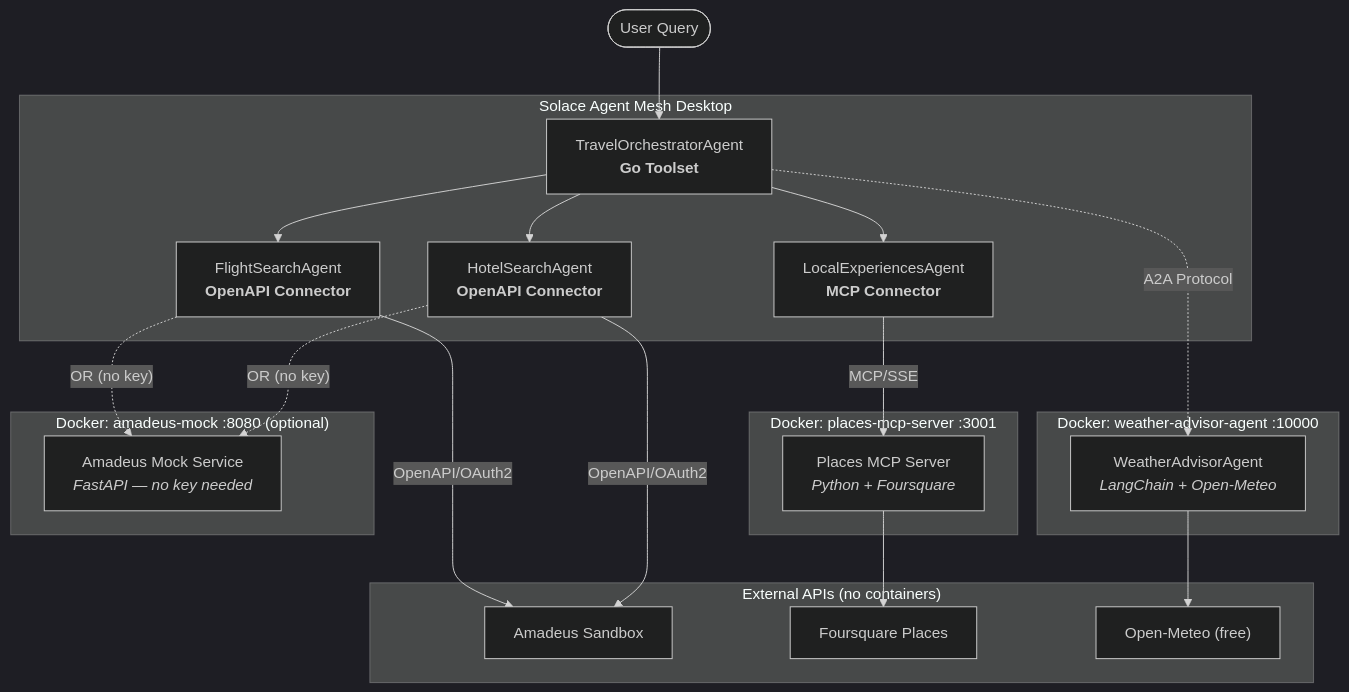
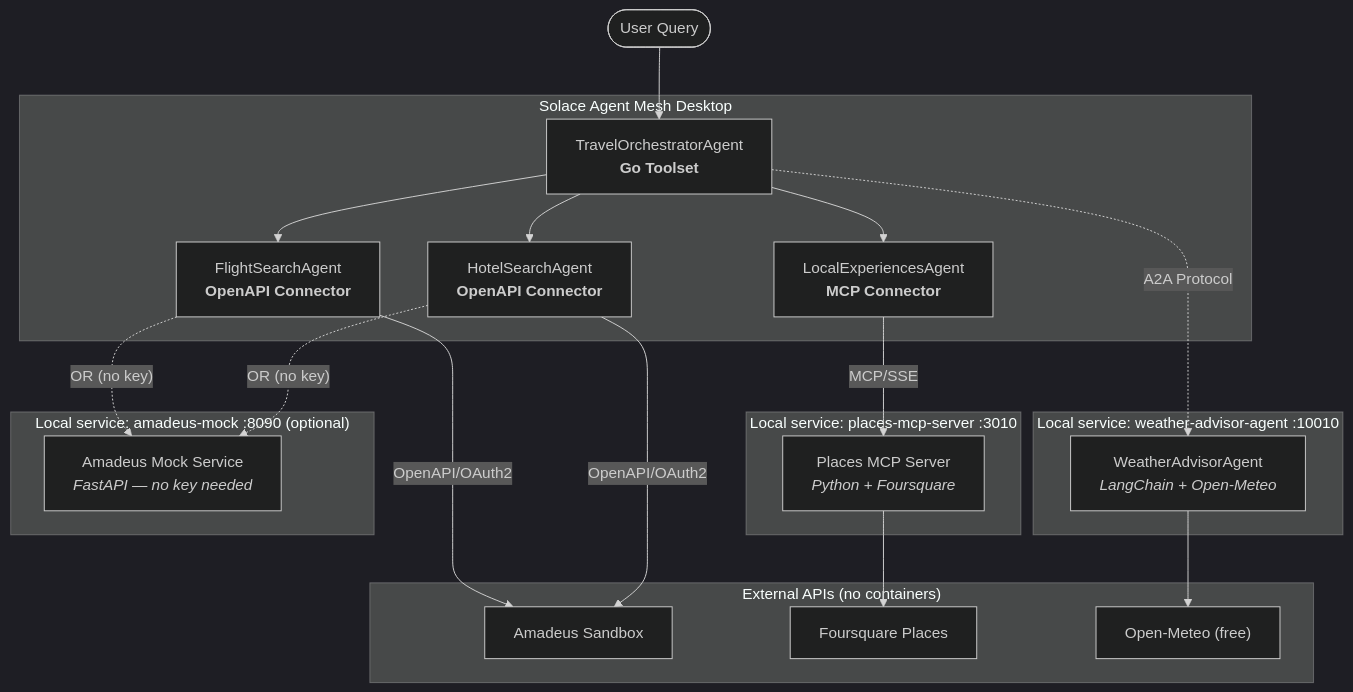
Before and after one commit to gvensan/SAM-workshop: the diagram in README.md, drawn with Mermaid (dark theme). The commit also changed other lines of this file and 15 other files, not shown here.

````diff
--- a/README.md
+++ b/README.md
@@ -78,43 +44,43 @@
 ```mermaid
 graph TB
     User([User Query])
 
     subgraph SAM["Solace Agent Mesh Desktop"]
         Orch["TravelOrchestratorAgent<br/><b>Go Toolset</b>"]
         Flight["FlightSearchAgent<br/><b>OpenAPI Connector</b>"]
         Hotel["HotelSearchAgent<br/><b>OpenAPI Connector</b>"]
         Local["LocalExperiencesAgent<br/><b>MCP Connector</b>"]
     end
 
-    subgraph Docker1["Docker: places-mcp-server :3001"]
+    subgraph Svc1["Local service: places-mcp-server :3010"]
         PlacesMCP["Places MCP Server<br/><i>Python + Foursquare</i>"]
     end
 
-    subgraph Docker2["Docker: weather-advisor-agent :10000"]
+    subgraph Svc2["Local service: weather-advisor-agent :10010"]
         Weather["WeatherAdvisorAgent<br/><i>LangChain + Open-Meteo</i>"]
     end
 
-    subgraph MockDocker["Docker: amadeus-mock :8080 (optional)"]
+    subgraph MockSvcBox["Local service: amadeus-mock :8090 (optional)"]
         MockSvc["Amadeus Mock Service<br/><i>FastAPI — no key needed</i>"]
     end
 
     subgraph APIs["External APIs (no containers)"]
         Amadeus["Amadeus Sandbox"]
         Foursquare["Foursquare Places"]
         OpenMeteo["Open-Meteo (free)"]
     end
 
     User --> Orch
     Orch --> Flight
     Orch --> Hotel
     Orch --> Local
     Orch -.->|"A2A Protocol"| Weather
 
     Flight -->|"OpenAPI/OAuth2"| Amadeus
     Hotel -->|"OpenAPI/OAuth2"| Amadeus
     Flight -. "OR (no key)" .-> MockSvc
     Hotel -. "OR (no key)" .-> MockSvc
     Local -->|"MCP/SSE"| PlacesMCP
     PlacesMCP --> Foursquare
     Weather --> OpenMeteo
 ```
````
